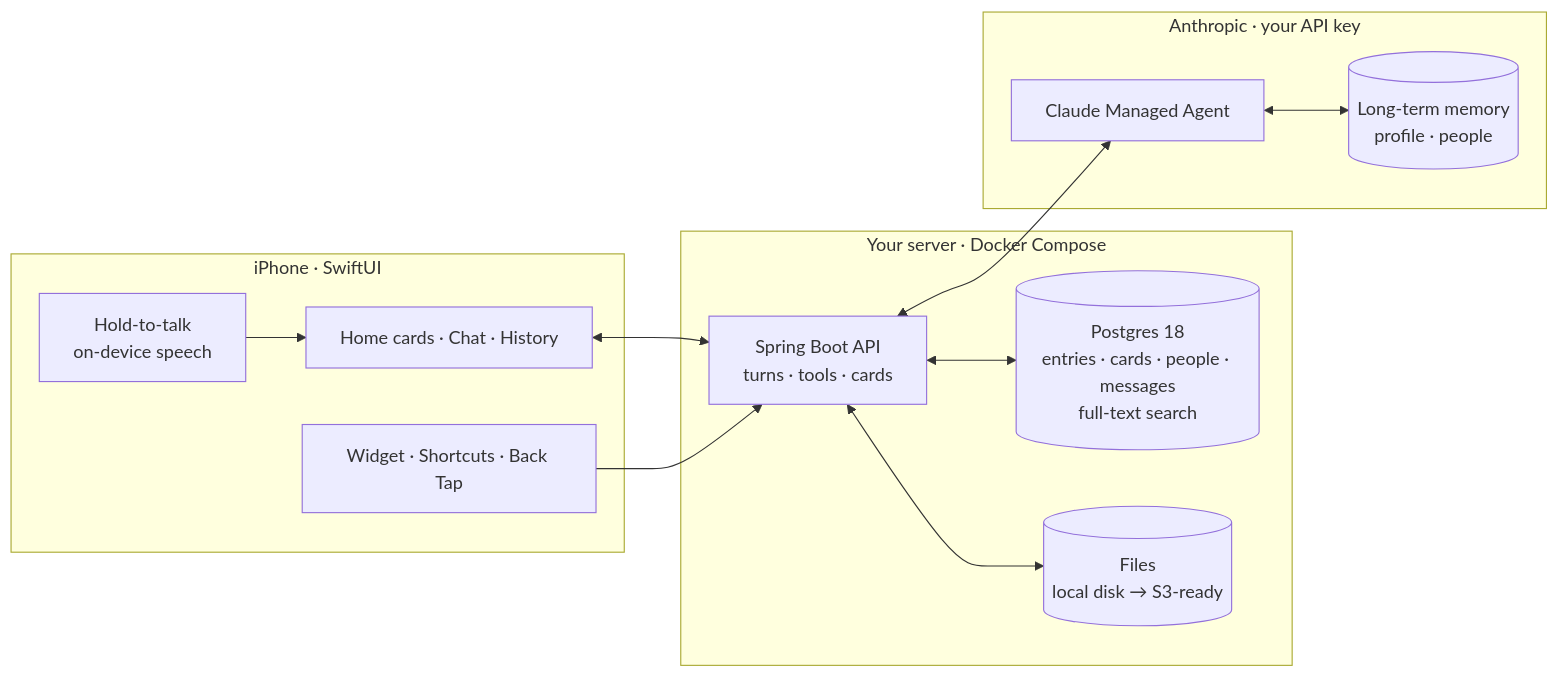
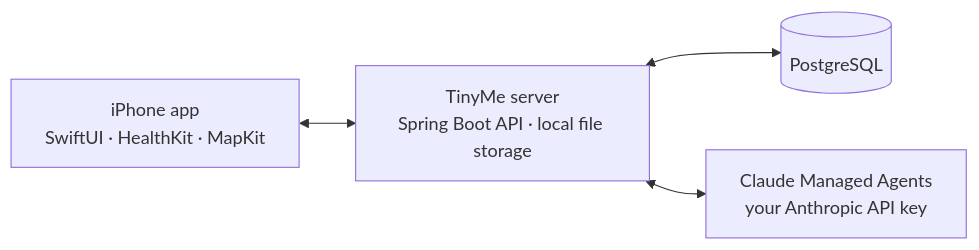
The diagram in README.md (bharatekarhade/tinyme), drawn with Mermaid before and after one commit. The commit also changed other lines of this file, not shown here.

````diff
--- a/README.md
+++ b/README.md
@@ -147,27 +44,11 @@
 ```mermaid
 flowchart LR
-    subgraph Phone["iPhone · SwiftUI"]
-        Mic["Hold-to-talk<br/>on-device speech"]
-        UI["Home cards · Chat · History"]
-        Ext["Widget · Shortcuts · Back Tap"]
-    end
+    Phone["iPhone app<br/>SwiftUI · HealthKit · MapKit"]
+    Server["TinyMe server<br/>Spring Boot API · local file storage"]
+    DB[("PostgreSQL")]
+    Agent["Claude Managed Agents<br/>your Anthropic API key"]
 
-    subgraph Server["Your server · Docker Compose"]
-        API["Spring Boot API<br/>turns · tools · cards"]
-        PG[("Postgres 18<br/>entries · cards · people · messages<br/>full-text search")]
-        Blob[("Files<br/>local disk → S3-ready")]
-    end
-
-    subgraph Anthropic["Anthropic · your API key"]
-        Agent["Claude Managed Agent"]
-        Mem[("Long-term memory<br/>profile · people")]
-    end
-
-    Mic --> UI
-    UI <--> API
-    Ext --> API
-    API <--> PG
-    API <--> Blob
-    API <--> Agent
-    Agent <--> Mem
+    Phone <--> Server
+    Server <--> DB
+    Server <--> Agent
 ```
````
